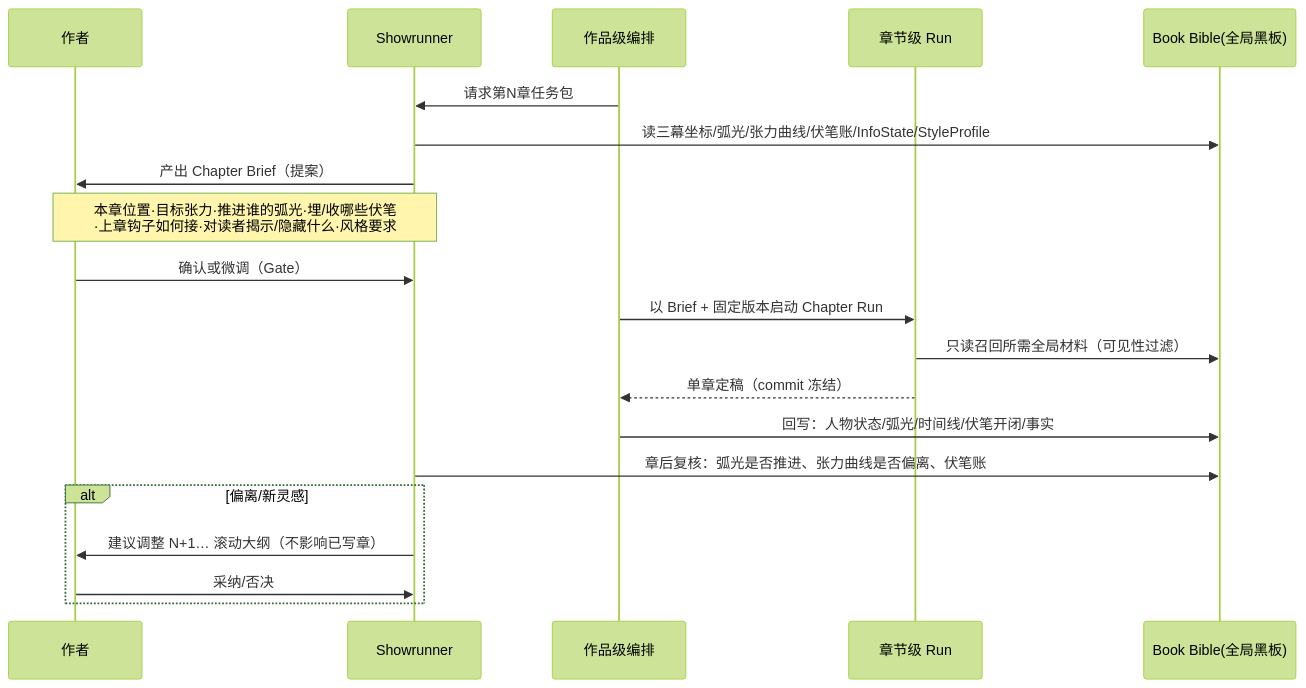
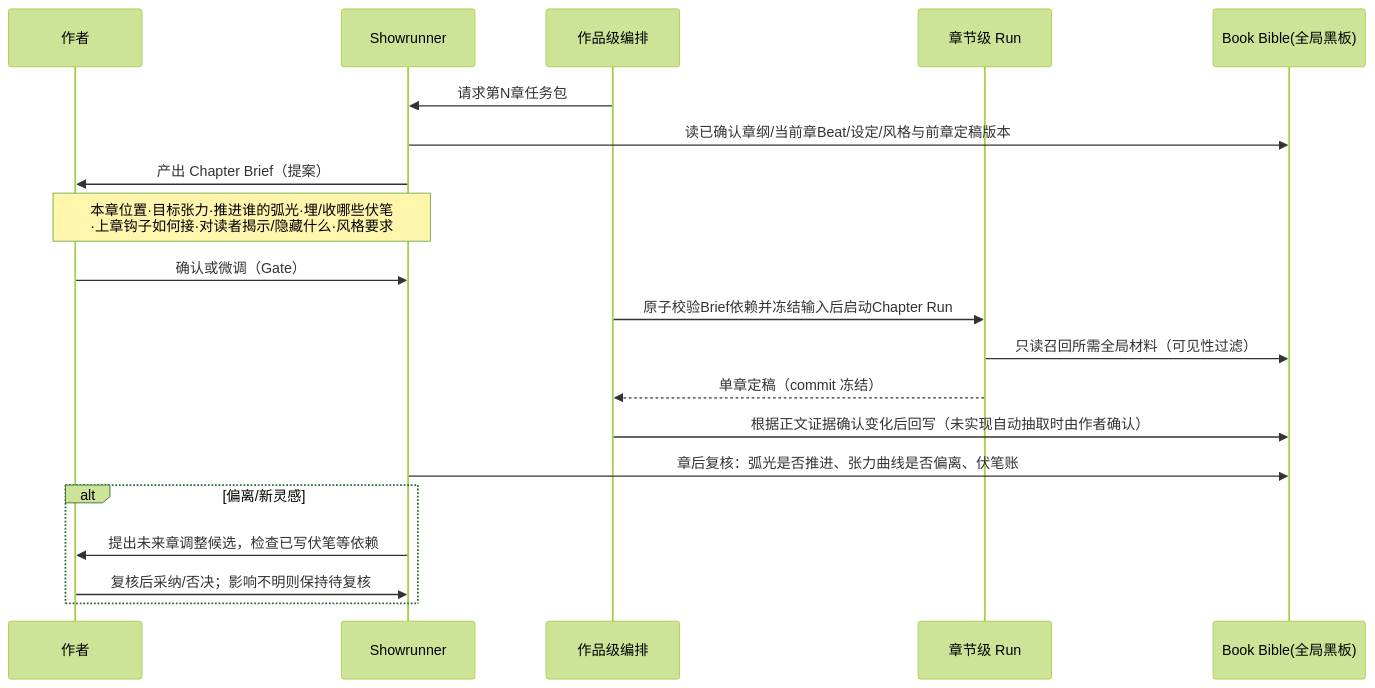
The third of 3 diagrams in docs/agent-orchestration.md (cchenxiao/Inkroom), drawn with Mermaid (forest theme) before and after one commit. The commit also changed other lines of this file and 43 other files, not shown here.

````diff
--- a/docs/agent-orchestration.md
+++ b/docs/agent-orchestration.md
@@ -103,22 +118,22 @@
 ```mermaid
 sequenceDiagram
     participant H as 作者
     participant S as Showrunner
     participant O as 作品级编排
     participant CR as 章节级 Run
     participant BB as Book Bible(全局黑板)
     O->>S: 请求第N章任务包
-    S->>BB: 读三幕坐标/弧光/张力曲线/伏笔账/InfoState/StyleProfile
+    S->>BB: 读已确认章纲/当前章Beat/设定/风格与前章定稿版本
     S->>H: 产出 Chapter Brief（提案）
     Note over S,H: 本章位置·目标张力·推进谁的弧光·埋/收哪些伏笔<br/>·上章钩子如何接·对读者揭示/隐藏什么·风格要求
     H->>S: 确认或微调（Gate）
-    O->>CR: 以 Brief + 固定版本启动 Chapter Run
+    O->>CR: 原子校验Brief依赖并冻结输入后启动Chapter Run
     CR->>BB: 只读召回所需全局材料（可见性过滤）
     CR-->>O: 单章定稿（commit 冻结）
-    O->>BB: 回写：人物状态/弧光/时间线/伏笔开闭/事实
+    O->>BB: 根据正文证据确认变化后回写（未实现自动抽取时由作者确认）
     S->>BB: 章后复核：弧光是否推进、张力曲线是否偏离、伏笔账
     alt 偏离/新灵感
-        S->>H: 建议调整 N+1… 滚动大纲（不影响已写章）
-        H->>S: 采纳/否决
+        S->>H: 提出未来章调整候选，检查已写伏笔等依赖
+        H->>S: 复核后采纳/否决；影响不明则保持待复核
     end
 ```
````
